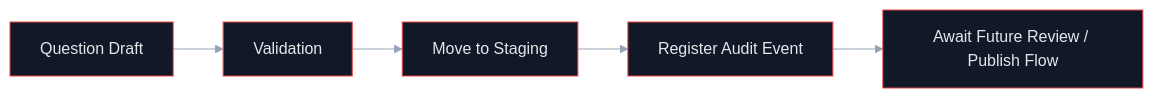
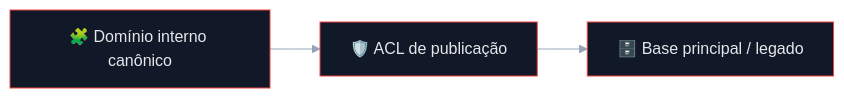
Before and after one commit to matheusdiamantino-betalent/IA: the sixth of 7 diagrams in README.md, drawn with Mermaid. The commit also changed other lines of this file, not shown here.

````diff
--- a/README.md
+++ b/README.md
@@ -779,21 +978,19 @@
 ```mermaid
 %%{init: {
   "theme": "base",
   "themeVariables": {
     "background": "#0b1220",
     "primaryColor": "#111827",
     "primaryTextColor": "#e5e7eb",
     "primaryBorderColor": "#ef4444",
     "secondaryColor": "#0f172a",
     "secondaryTextColor": "#e5e7eb",
     "tertiaryColor": "#111827",
     "tertiaryTextColor": "#e5e7eb",
     "lineColor": "#94a3b8"
   }
 }}%%
 flowchart LR
-    A["Question Draft"] --> B["Validation"]
-    B --> C["Move to Staging"]
-    C --> D["Register Audit Event"]
-    D --> E["Await Future Review / Publish Flow"]
+    A["🧩 Domínio interno canônico"] --> B["🛡️ ACL de publicação"]
+    B --> C["🗄️ Base principal / legado"]
 ```
````
